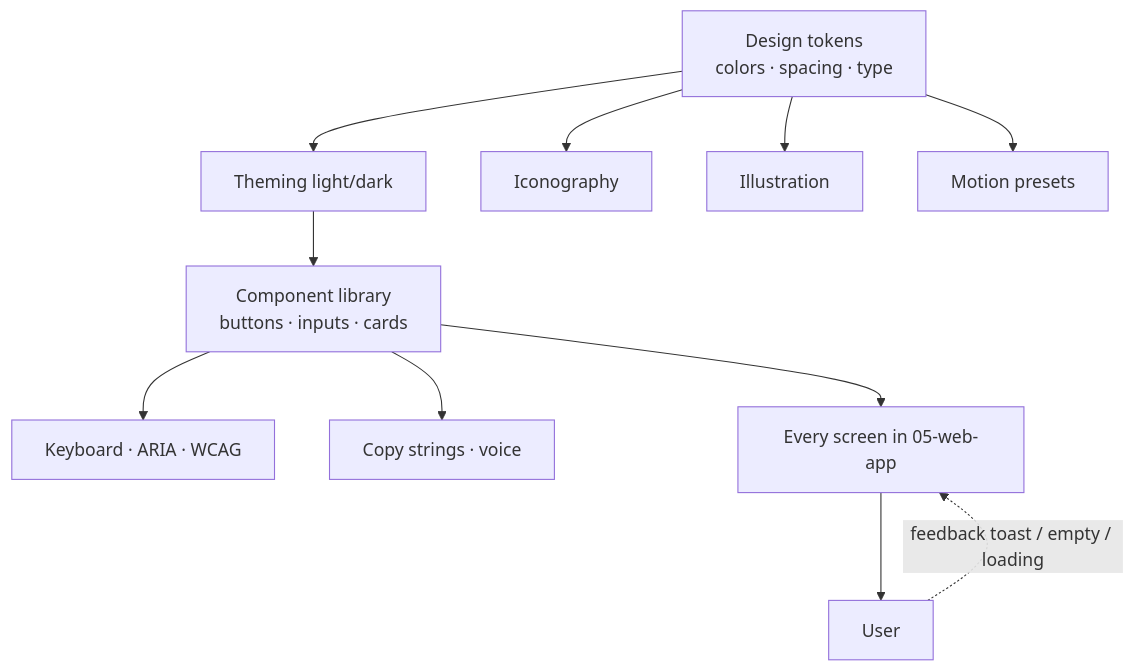
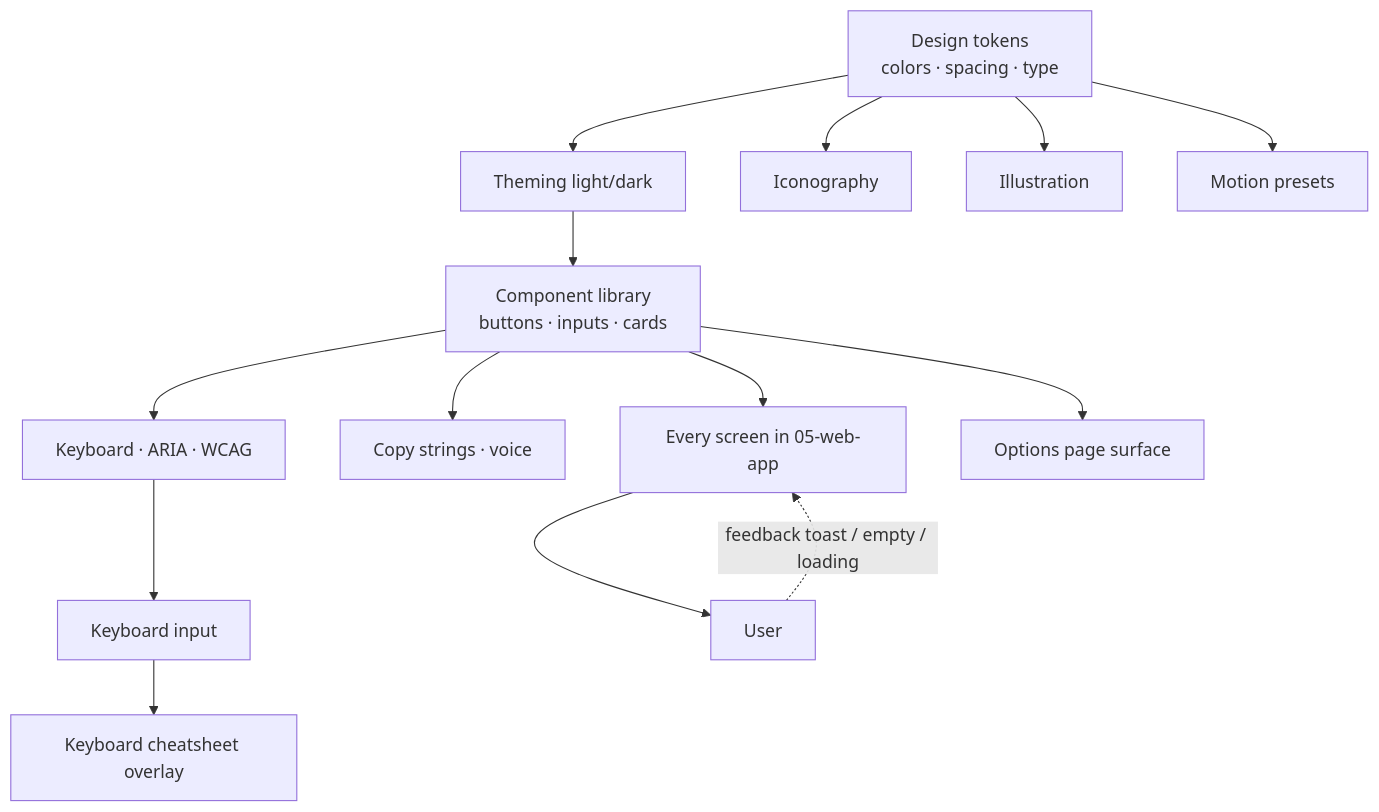
One commit to alimtvnetwork/letsmarknow-v2 changed the diagram in spec/21-app/06-ui-ux/flow-diagram.mmd. Above: the diagram before and after it, drawn with Mermaid. The commit also changed 2 other files, not shown here.

```diff
--- a/spec/21-app/06-ui-ux/flow-diagram.mmd
+++ b/spec/21-app/06-ui-ux/flow-diagram.mmd
@@ -1,11 +1,14 @@
 flowchart TD
     DT[Design tokens<br/>colors · spacing · type] --> THM[Theming light/dark]
     DT --> ICN[Iconography]
     DT --> ILL[Illustration]
     DT --> MOT[Motion presets]
     THM --> COMP[Component library<br/>buttons · inputs · cards]
     COMP --> A11Y[Keyboard · ARIA · WCAG]
     COMP --> COPY[Copy strings · voice]
     COMP --> SCR[Every screen in 05-web-app]
+    A11Y --> KEY[Keyboard input]
+    KEY --> KBD[Keyboard cheatsheet overlay]
+    COMP --> OPT[Options page surface]
     SCR --> USR[User]
     USR -. feedback toast / empty / loading .-> SCR
```
